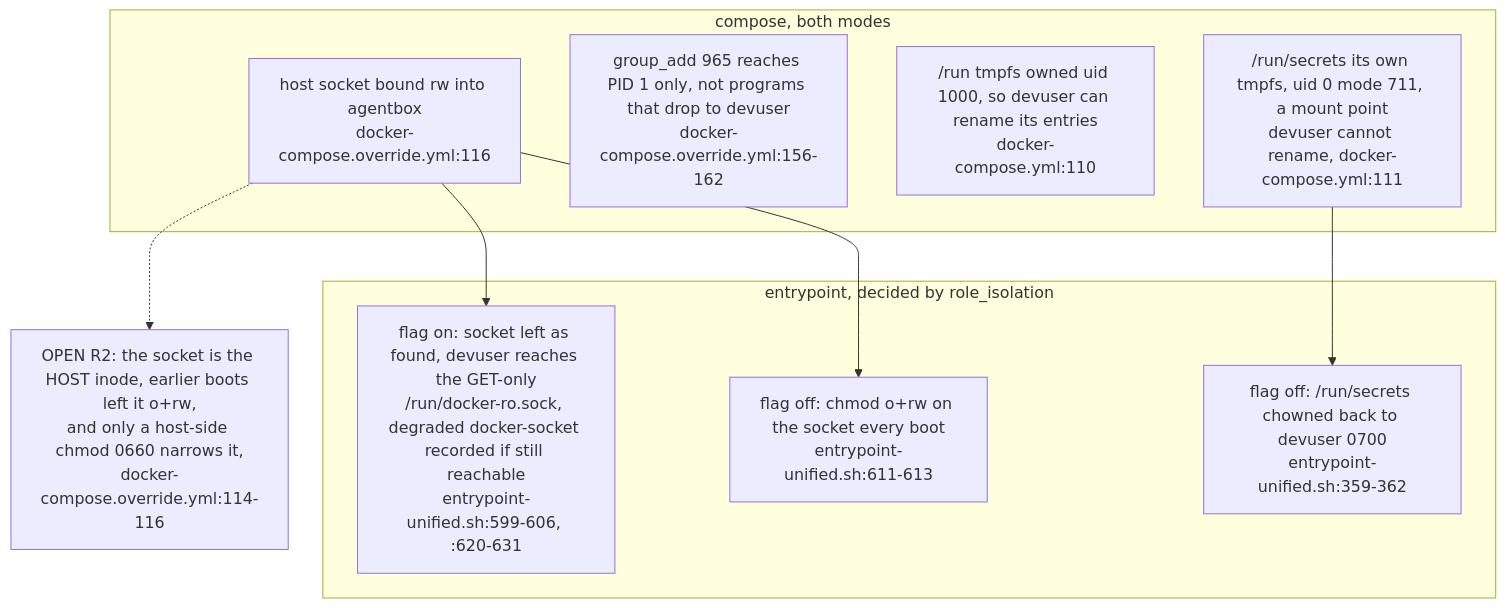
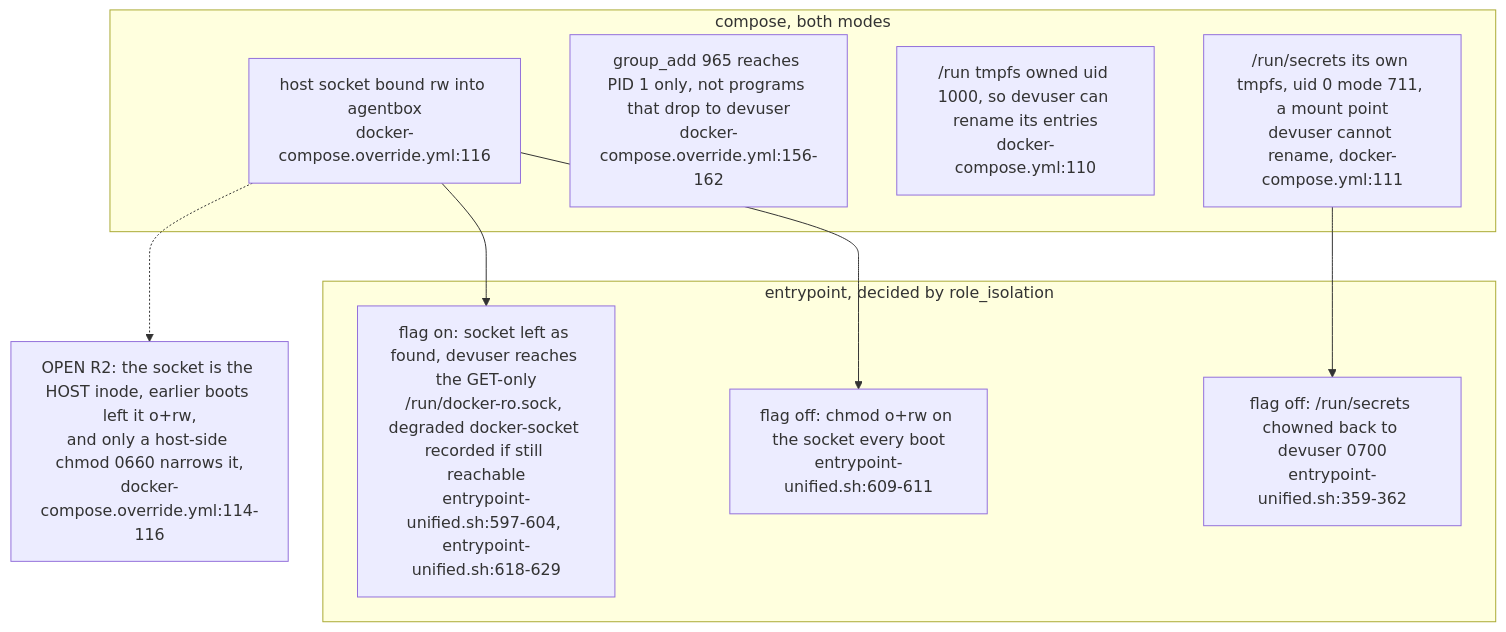
Diagram 13 of 14 in docs/diagrams/agentbox/06-sidecars-and-compose-overlays.md (DreamLab-AI/VisionFlow), drawn with Mermaid before and after one commit. The commit also changed other lines of this file and 7 other files, not shown here.

````diff
--- a/docs/diagrams/agentbox/06-sidecars-and-compose-overlays.md
+++ b/docs/diagrams/agentbox/06-sidecars-and-compose-overlays.md
@@ -378,18 +379,18 @@
 ```mermaid
 flowchart TB
     subgraph COMPOSE["compose, both modes"]
         S1["host socket bound rw into agentbox<br/>docker-compose.override.yml:116"]
         S2["group_add 965 reaches PID 1 only, not programs that drop to devuser<br/>docker-compose.override.yml:156-162"]
         M1["/run tmpfs owned uid 1000, so devuser can rename its entries<br/>docker-compose.yml:110"]
         M2["/run/secrets its own tmpfs, uid 0 mode 711, a mount point<br/>devuser cannot rename, docker-compose.yml:111"]
     end
     subgraph BOOT["entrypoint, decided by role_isolation"]
-        E0["flag off: chmod o+rw on the socket every boot<br/>entrypoint-unified.sh:611-613"]
-        E1["flag on: socket left as found, devuser reaches the GET-only<br/>/run/docker-ro.sock, degraded docker-socket recorded if still reachable<br/>entrypoint-unified.sh:599-606, :620-631"]
+        E0["flag off: chmod o+rw on the socket every boot<br/>entrypoint-unified.sh:609-611"]
+        E1["flag on: socket left as found, devuser reaches the GET-only<br/>/run/docker-ro.sock, degraded docker-socket recorded if still reachable<br/>entrypoint-unified.sh:597-604, entrypoint-unified.sh:618-629"]
         E2["flag off: /run/secrets chowned back to devuser 0700<br/>entrypoint-unified.sh:359-362"]
     end
     S1 --> E0
     S1 --> E1
     M2 --> E2
     S1 -.-> R2["OPEN R2: the socket is the HOST inode, earlier boots left it o+rw,<br/>and only a host-side chmod 0660 narrows it,<br/>docker-compose.override.yml:114-116"]
 ```
````
